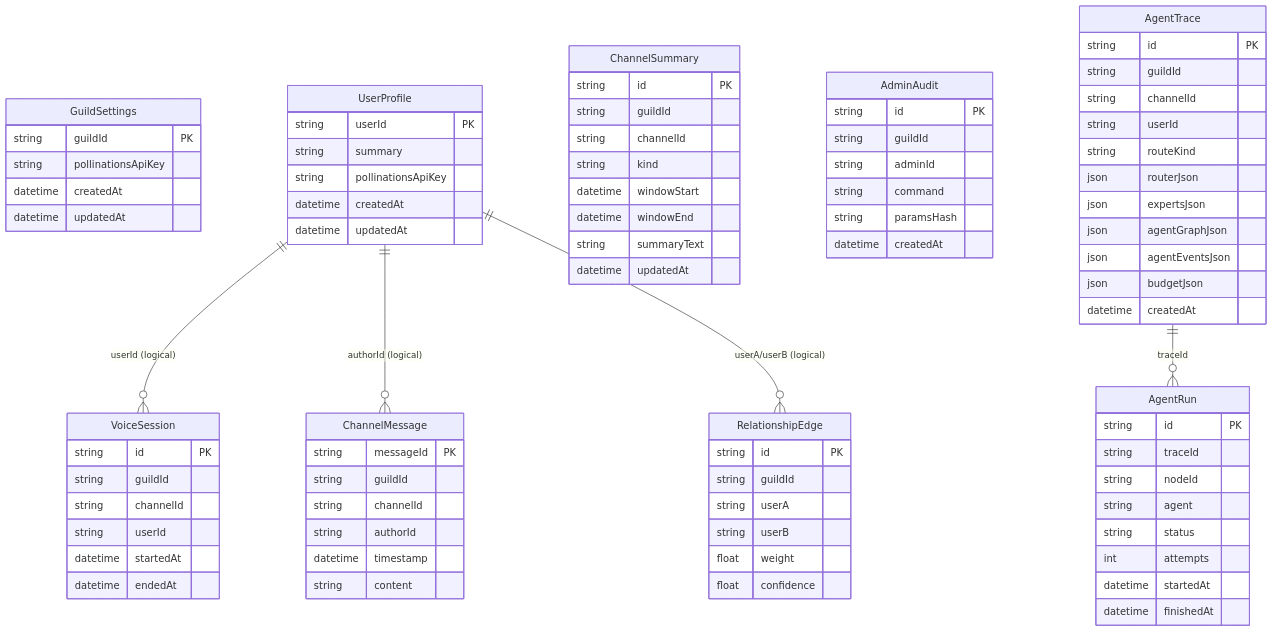
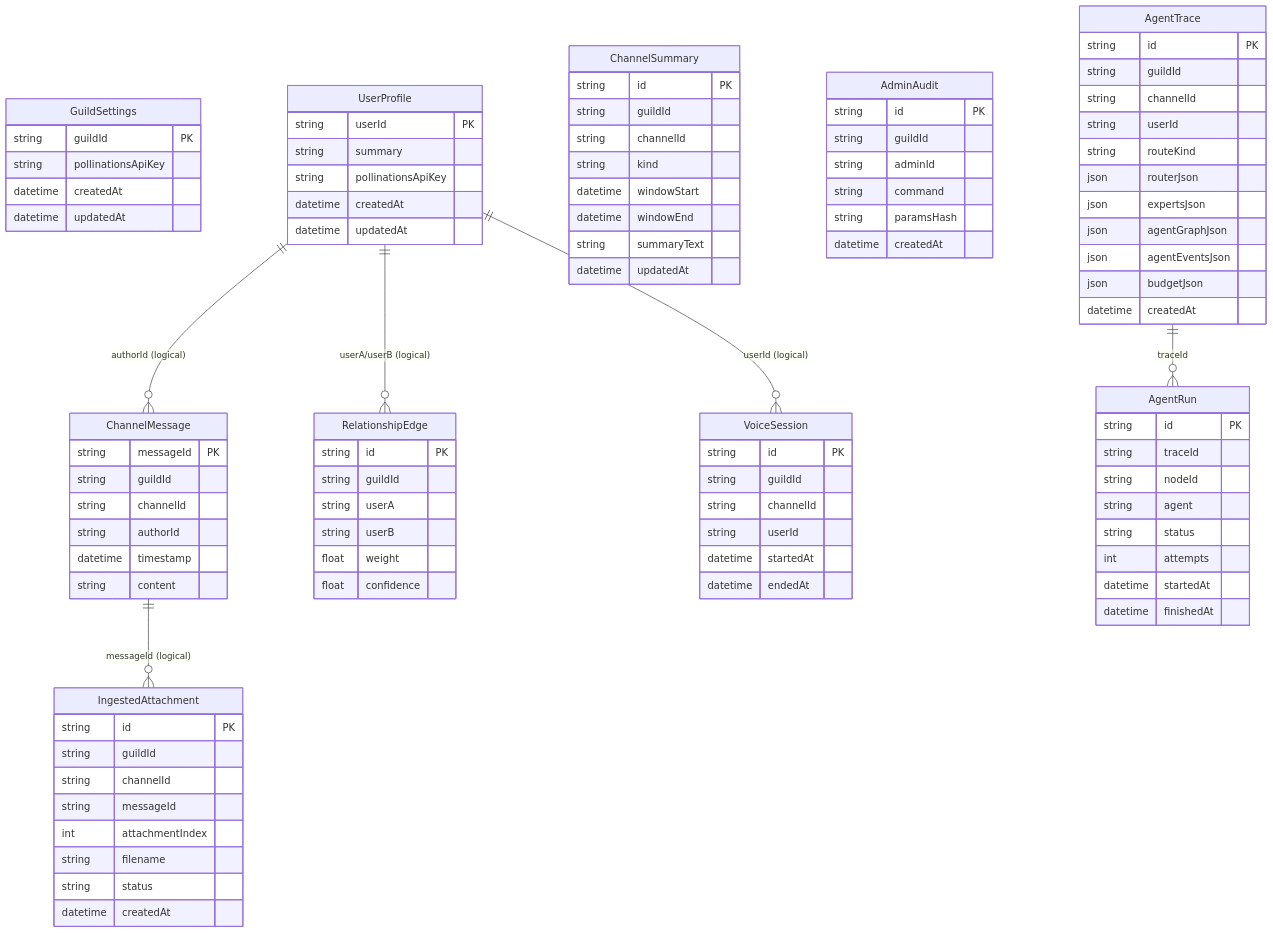
One commit to BokX1/Sage changed the diagram in docs/architecture/DATABASE.md. Above: the diagram before and after it, drawn with Mermaid. The commit also changed other lines of this file and 33 other files, not shown here.

````diff
--- a/docs/architecture/DATABASE.md
+++ b/docs/architecture/DATABASE.md
@@ -43,6 +43,17 @@
         string authorId
         datetime timestamp
         string content
+    }
+
+    IngestedAttachment {
+        string id PK
+        string guildId
+        string channelId
+        string messageId
+        int attachmentIndex
+        string filename
+        string status
+        datetime createdAt
     }
 
     ChannelSummary {
@@ -111,5 +122,6 @@
     AgentTrace ||--o{ AgentRun : "traceId"
     UserProfile ||--o{ VoiceSession : "userId (logical)"
     UserProfile ||--o{ ChannelMessage : "authorId (logical)"
+    ChannelMessage ||--o{ IngestedAttachment : "messageId (logical)"
     UserProfile ||--o{ RelationshipEdge : "userA/userB (logical)"
 ```
````
